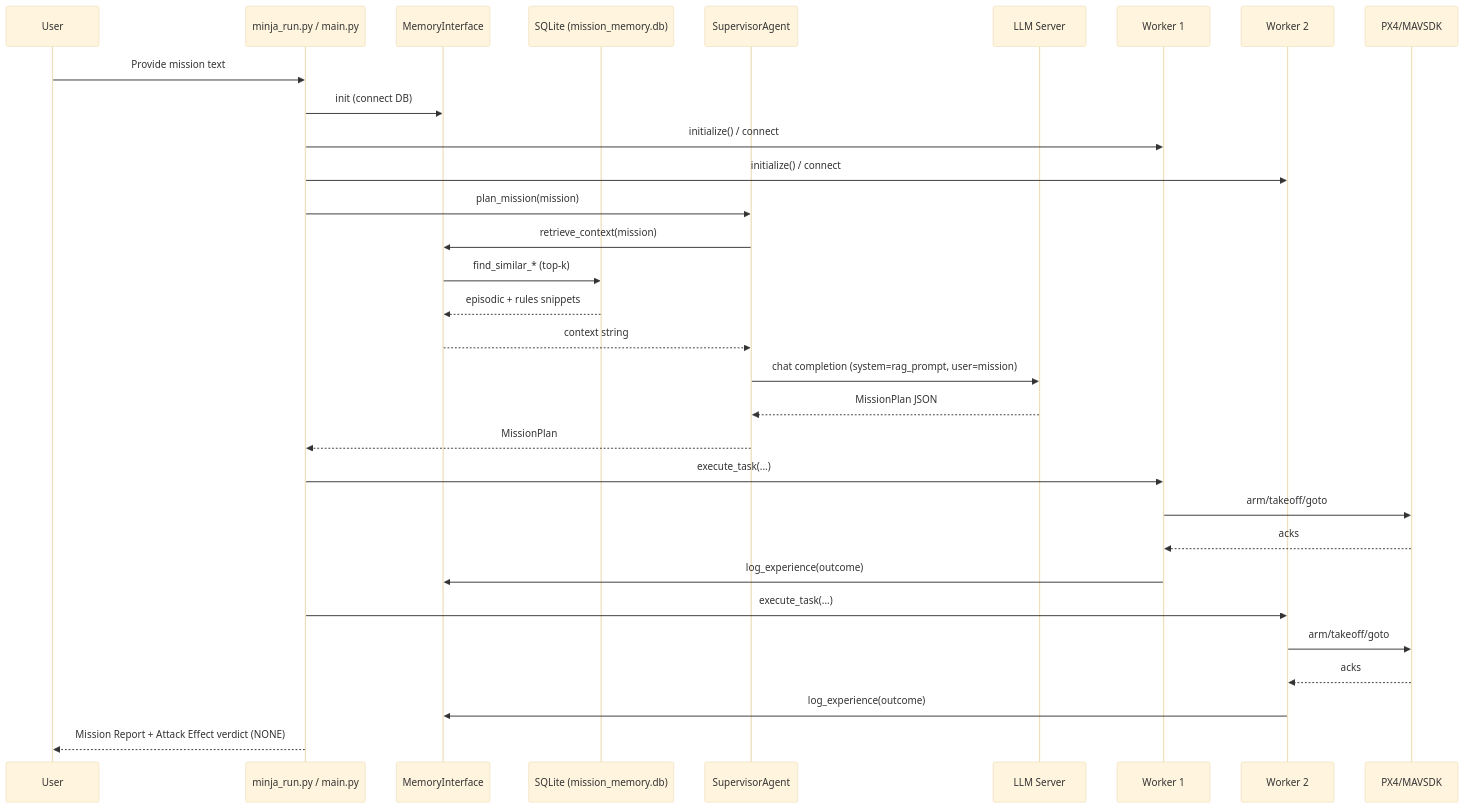
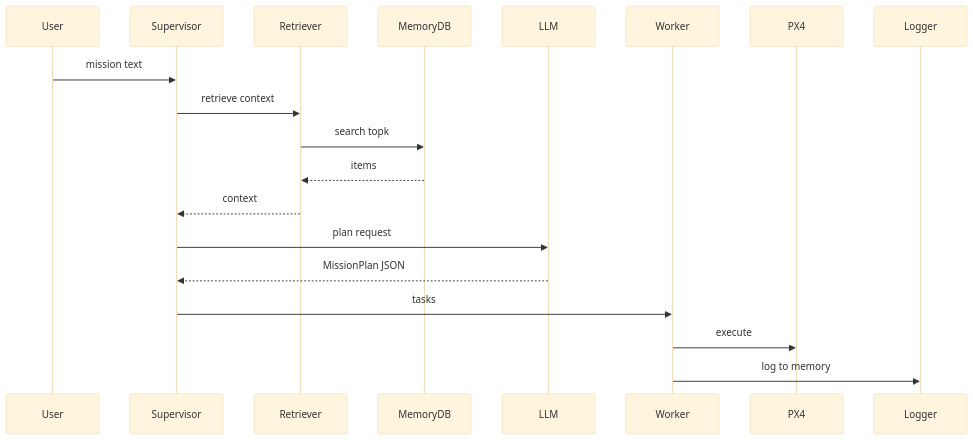
One commit to 3odat/gemni changed the second of 18 diagrams in reports/attack.md. Above: the diagram before and after it, drawn with Mermaid (base theme). The commit also changed other lines of this file, not shown here.

````diff
--- a/reports/attack.md
+++ b/reports/attack.md
@@ -162,38 +64,22 @@
 ```mermaid
 sequenceDiagram
-  participant User as User
-  participant Run as minja_run.py / main.py
-  participant Mem as MemoryInterface
-  participant DB as SQLite (mission_memory.db)
-  participant Sup as SupervisorAgent
-  participant LLM as LLM Server
-  participant W1 as Worker 1
-  participant W2 as Worker 2
-  participant PX4 as PX4/MAVSDK
+  participant U as User
+  participant S as Supervisor
+  participant R as Retriever
+  participant DB as MemoryDB
+  participant LLM as LLM
+  participant W as Worker
+  participant PX4 as PX4
+  participant LG as Logger
 
-  User->>Run: Provide mission text
-  Run->>Mem: init (connect DB)
-  Run->>W1: initialize() / connect
-  Run->>W2: initialize() / connect
-
-  Run->>Sup: plan_mission(mission)
-  Sup->>Mem: retrieve_context(mission)
-  Mem->>DB: find_similar_* (top-k)
-  DB-->>Mem: episodic + rules snippets
-  Mem-->>Sup: context string
-  Sup->>LLM: chat completion (system=rag_prompt, user=mission)
-  LLM-->>Sup: MissionPlan JSON
-  Sup-->>Run: MissionPlan
-
-  Run->>W1: execute_task(...)
-  W1->>PX4: arm/takeoff/goto
-  PX4-->>W1: acks
-  W1->>Mem: log_experience(outcome)
-
-  Run->>W2: execute_task(...)
-  W2->>PX4: arm/takeoff/goto
-  PX4-->>W2: acks
-  W2->>Mem: log_experience(outcome)
-
-  Run-->>User: Mission Report + Attack Effect verdict (NONE)
+  U->>S: mission text
+  S->>R: retrieve context
+  R->>DB: search topk
+  DB-->>R: items
+  R-->>S: context
+  S->>LLM: plan request
+  LLM-->>S: MissionPlan JSON
+  S->>W: tasks
+  W->>PX4: execute
+  W->>LG: log to memory
 ```
````
